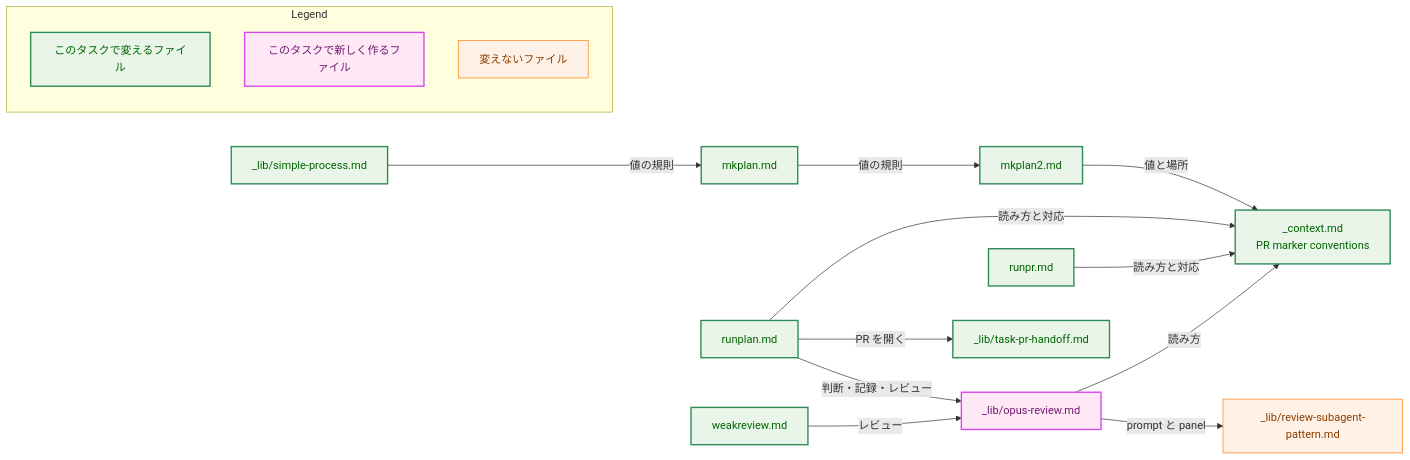
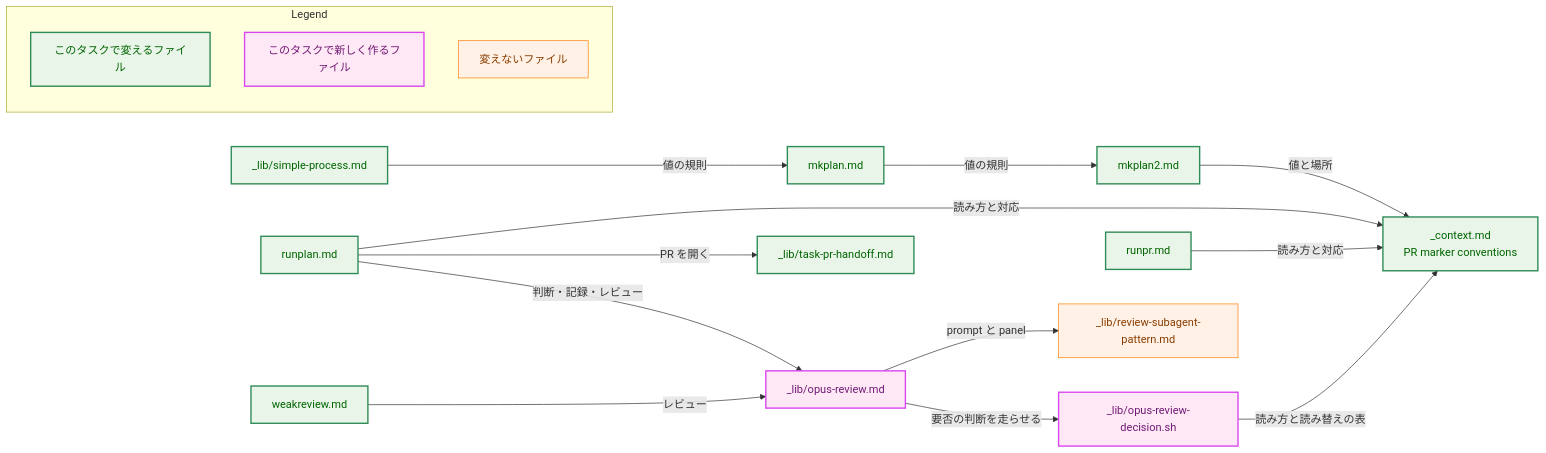
One commit to isseis/yt2column changed the second of 5 diagrams in docs/tasks/0081_implementation_model_choice/02_architecture.md. Above: the diagram before and after it, drawn with Mermaid. The commit also changed other lines of this file and 3 other files, not shown here.

````diff
--- a/docs/tasks/0081_implementation_model_choice/02_architecture.md
+++ b/docs/tasks/0081_implementation_model_choice/02_architecture.md
@@ -106,41 +109,43 @@
 ```mermaid
 flowchart LR
     classDef process fill:#fff1e6,stroke:#ff7f0e,stroke-width:1px,color:#8a3e00;
     classDef enhanced fill:#e8f5e8,stroke:#2e8b57,stroke-width:2px,color:#006400;
     classDef newpkg fill:#ffe8f5,stroke:#d946ef,stroke-width:2px,color:#701a75;
 
     CTX["_context.md<br>PR marker conventions"]
     MKPLAN2["mkplan2.md"]
     MKPLAN["mkplan.md"]
     SIMPLE["_lib/simple-process.md"]
     RUNPLAN["runplan.md"]
     RUNPR["runpr.md"]
     WEAK["weakreview.md"]
     OPUS["_lib/opus-review.md"]
+    DECIDE["_lib/opus-review-decision.sh"]
     PATTERN["_lib/review-subagent-pattern.md"]
     HANDOFF["_lib/task-pr-handoff.md"]
 
     MKPLAN -->|"値の規則"| MKPLAN2
     SIMPLE -->|"値の規則"| MKPLAN
     MKPLAN2 -->|"値と場所"| CTX
     RUNPLAN -->|"読み方と対応"| CTX
     RUNPR -->|"読み方と対応"| CTX
-    OPUS -->|"読み方"| CTX
     RUNPLAN -->|"判断・記録・レビュー"| OPUS
     WEAK -->|"レビュー"| OPUS
     OPUS -->|"prompt と panel"| PATTERN
+    OPUS -->|"要否の判断を走らせる"| DECIDE
+    DECIDE -->|"読み方と読み替えの表"| CTX
     RUNPLAN -->|"PR を開く"| HANDOFF
 
     class CTX,MKPLAN2,MKPLAN,SIMPLE,RUNPLAN,RUNPR,WEAK,HANDOFF enhanced
-    class OPUS newpkg
+    class OPUS,DECIDE newpkg
     class PATTERN process
 
     subgraph Legend["Legend"]
         L1["このタスクで変えるファイル"]
         L2["このタスクで新しく作るファイル"]
         L3["変えないファイル"]
     end
     class L1 enhanced
     class L2 newpkg
     class L3 process
 ```
````
